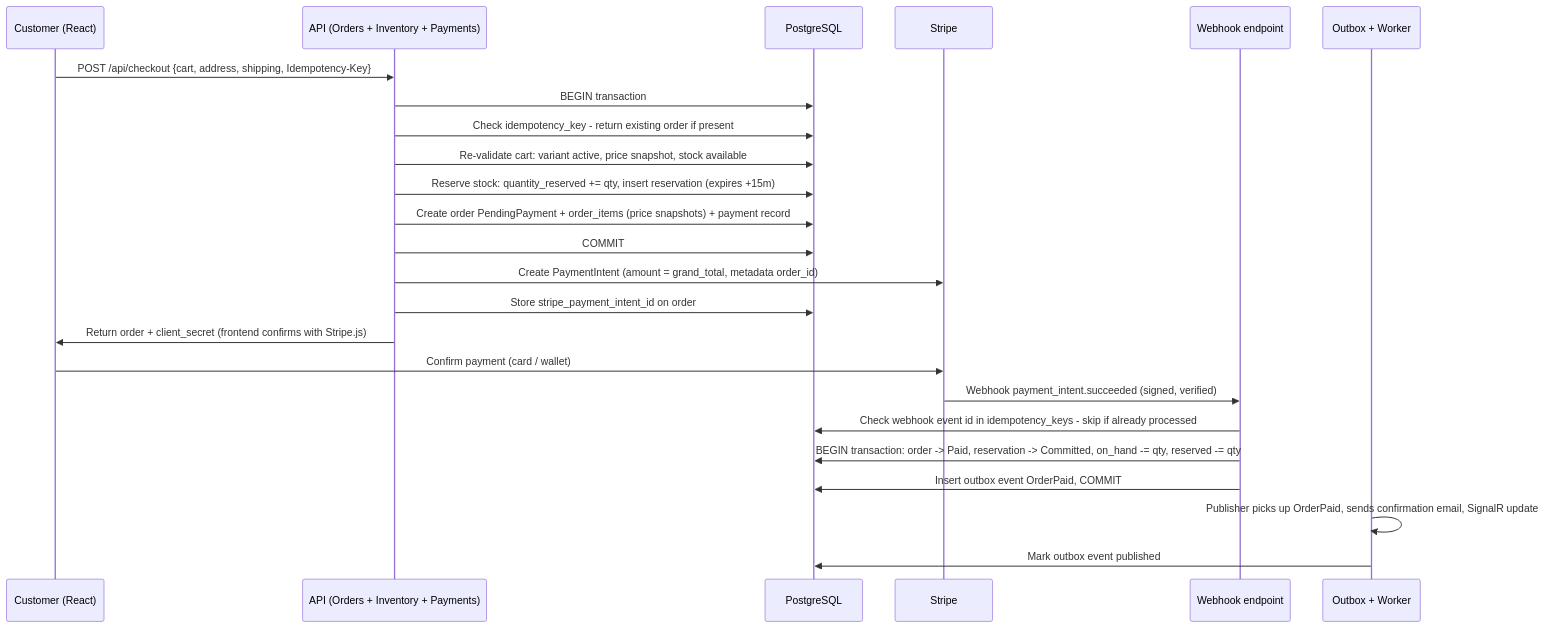
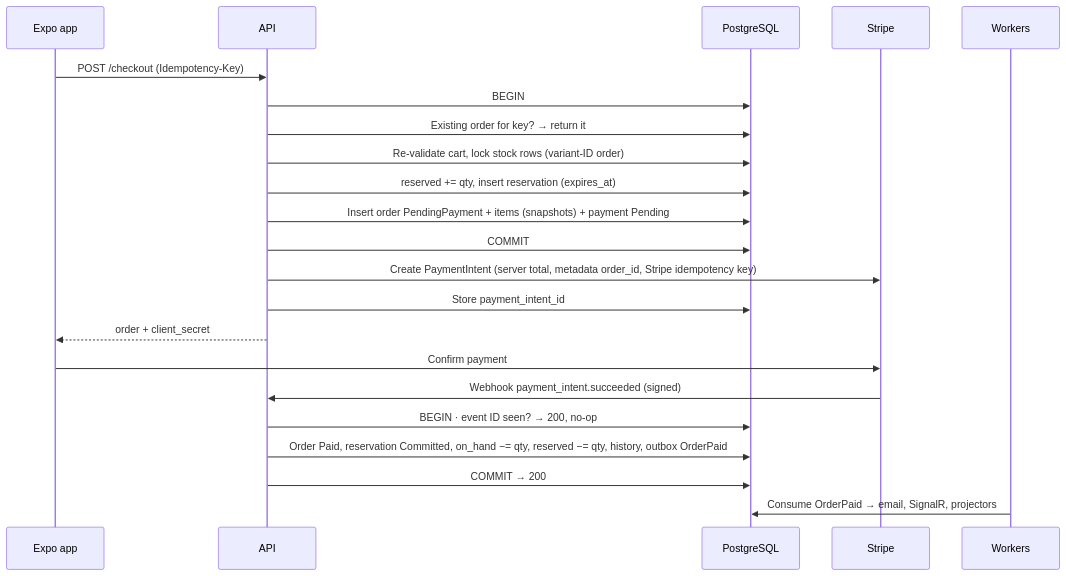
Before and after one commit to robmars123/Ecommerce: the fourth of 6 diagrams in docs/ecommerce-architecture.md, drawn with Mermaid. The commit also changed other lines of this file and 227 other files, not shown here.

````diff
--- a/docs/ecommerce-architecture.md
+++ b/docs/ecommerce-architecture.md
@@ -378,27 +377,25 @@
 ```mermaid
 sequenceDiagram
-    participant C as Customer (React)
-    participant API as API (Orders + Inventory + Payments)
+    participant C as Expo app
+    participant API as API
     participant PG as PostgreSQL
     participant S as Stripe
-    participant W as Webhook endpoint
-    participant O as Outbox + Worker
+    participant W as Workers
 
-    C->>API: POST /api/checkout {cart, address, shipping, Idempotency-Key}
-    API->>PG: BEGIN transaction
-    API->>PG: Check idempotency_key - return existing order if present
-    API->>PG: Re-validate cart: variant active, price snapshot, stock available
-    API->>PG: Reserve stock: quantity_reserved += qty, insert reservation (expires +15m)
-    API->>PG: Create order PendingPayment + order_items (price snapshots) + payment record
+    C->>API: POST /checkout (Idempotency-Key)
+    API->>PG: BEGIN
+    API->>PG: Existing order for key? → return it
+    API->>PG: Re-validate cart, lock stock rows (variant-ID order)
+    API->>PG: reserved += qty, insert reservation (expires_at)
+    API->>PG: Insert order PendingPayment + items (snapshots) + payment Pending
     API->>PG: COMMIT
-    API->>S: Create PaymentIntent (amount = grand_total, metadata order_id)
-    API->>PG: Store stripe_payment_intent_id on order
-    API->>C: Return order + client_secret (frontend confirms with Stripe.js)
-    C->>S: Confirm payment (card / wallet)
-    S->>W: Webhook payment_intent.succeeded (signed, verified)
-    W->>PG: Check webhook event id in idempotency_keys - skip if already processed
-    W->>PG: BEGIN transaction: order -> Paid, reservation -> Committed, on_hand -= qty, reserved -= qty
-    W->>PG: Insert outbox event OrderPaid, COMMIT
-    O->>O: Publisher picks up OrderPaid, sends confirmation email, SignalR update
-    O->>PG: Mark outbox event published
+    API->>S: Create PaymentIntent (server total, metadata order_id, Stripe idempotency key)
+    API->>PG: Store payment_intent_id
+    API-->>C: order + client_secret
+    C->>S: Confirm payment
+    S->>API: Webhook payment_intent.succeeded (signed)
+    API->>PG: BEGIN · event ID seen? → 200, no-op
+    API->>PG: Order Paid, reservation Committed, on_hand −= qty, reserved −= qty, history, outbox OrderPaid
+    API->>PG: COMMIT → 200
+    W->>PG: Consume OrderPaid → email, SignalR, projectors
 ```
````
